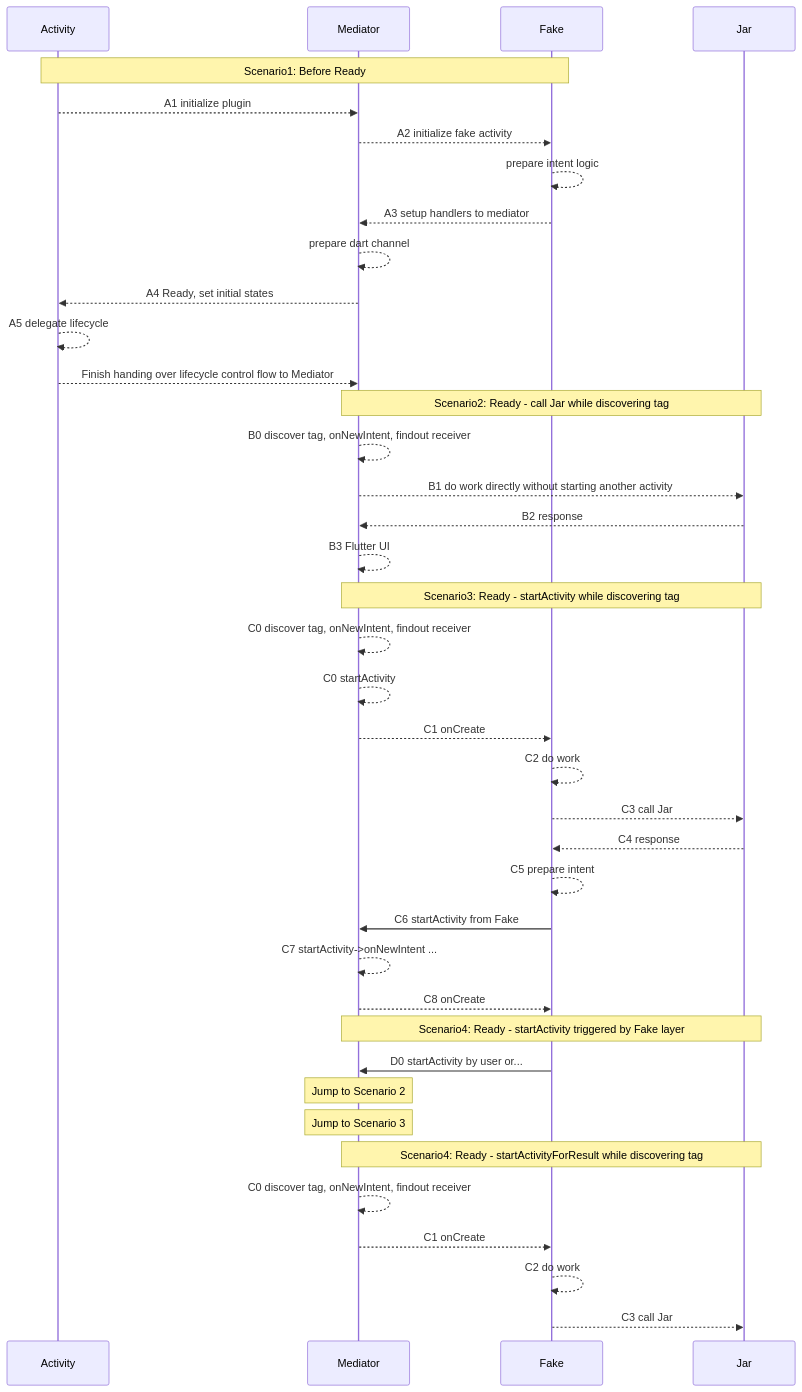
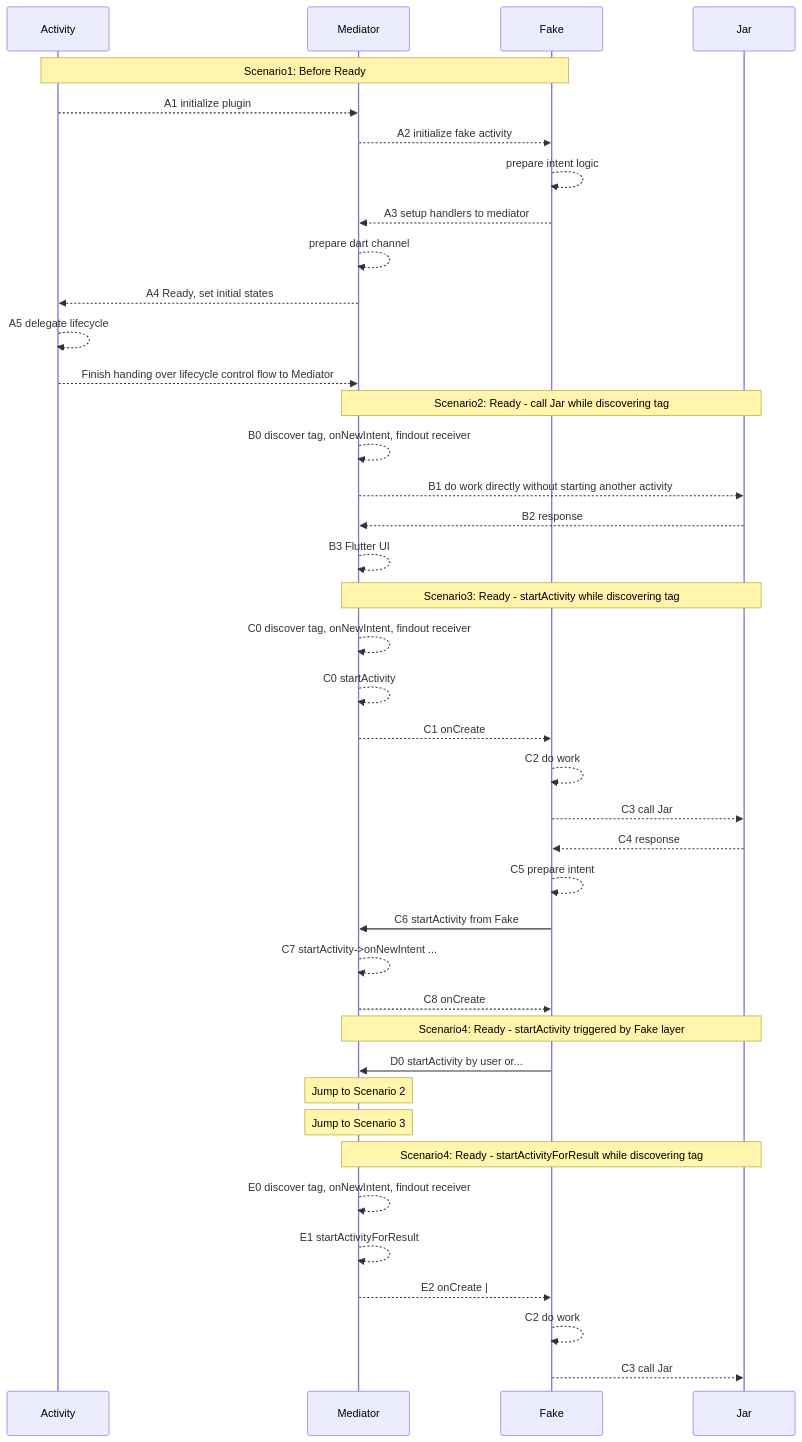
Before and after one commit to gordianknotC/nxp_note: the first of 2 diagrams in flutter/android_to_flutter.md, drawn with Mermaid. The commit also changed other lines of this file, not shown here.

Commit message:
flutter/android_to_flutter.md updated from https://stackedit.io/

````diff
--- a/flutter/android_to_flutter.md
+++ b/flutter/android_to_flutter.md
@@ -5,57 +5,58 @@
 ```mermaid
 sequenceDiagram
 participant Activity
 participant Mediator
 participant Fake
 participant Jar
 
 
 Note over Activity, Fake: Scenario1: Before Ready
 
 Activity -->> Mediator: A1 initialize plugin
 Mediator -->> Fake: A2 initialize fake activity
 Fake -->> Fake: prepare intent logic
 Fake -->> Mediator: A3 setup handlers to mediator
 Mediator -->> Mediator: prepare dart channel
 Mediator -->> Activity: A4 Ready, set initial states
 Activity -->> Activity: A5 delegate lifecycle
 Activity -->> Mediator: Finish handing over lifecycle control flow to Mediator
 
 
 Note over Mediator, Jar: Scenario2: Ready - call Jar while discovering tag 
 
 Mediator-->> Mediator: B0 discover tag, onNewIntent, findout receiver
 Mediator-->>Jar: B1 do work directly without starting another activity
 Jar-->>Mediator: B2 response
 Mediator-->>Mediator: B3 Flutter UI
 
 
 Note over Mediator, Jar: Scenario3: Ready - startActivity while discovering tag
 
 Mediator-->> Mediator: C0 discover tag, onNewIntent, findout receiver
 Mediator-->>Mediator: C0 startActivity
 Mediator-->>Fake: C1 onCreate
 Fake-->>Fake: C2 do work
 Fake-->>Jar:C3 call Jar
 Jar-->>Fake:C4 response
 Fake-->>Fake:C5 prepare intent
 Fake->>Mediator: C6 startActivity from Fake
 Mediator-->>Mediator: C7 startActivity->onNewIntent ...
 Mediator-->>Fake: C8 onCreate
 
 
 Note over Mediator, Jar: Scenario4: Ready - startActivity triggered by Fake layer
 
 Fake->>Mediator: D0 startActivity by user or...
 
 
 Note over Mediator: Jump to Scenario 2
 Note over Mediator: Jump to Scenario 3
 
 
 Note over Mediator, Jar: Scenario4: Ready - startActivityForResult while discovering tag
-Mediator-->> Mediator: C0 discover tag, onNewIntent, findout receiver
-Mediator-->>Fake: C1 onCreate
+Mediator-->> Mediator: E0 discover tag, onNewIntent, findout receiver
+Mediator-->>Mediator:E1 startActivityForResult
+Mediator-->>Fake: E2 onCreate | 
 Fake-->>Fake: C2 do work
 Fake-->>Jar:C3 call Jar
 ```
````
